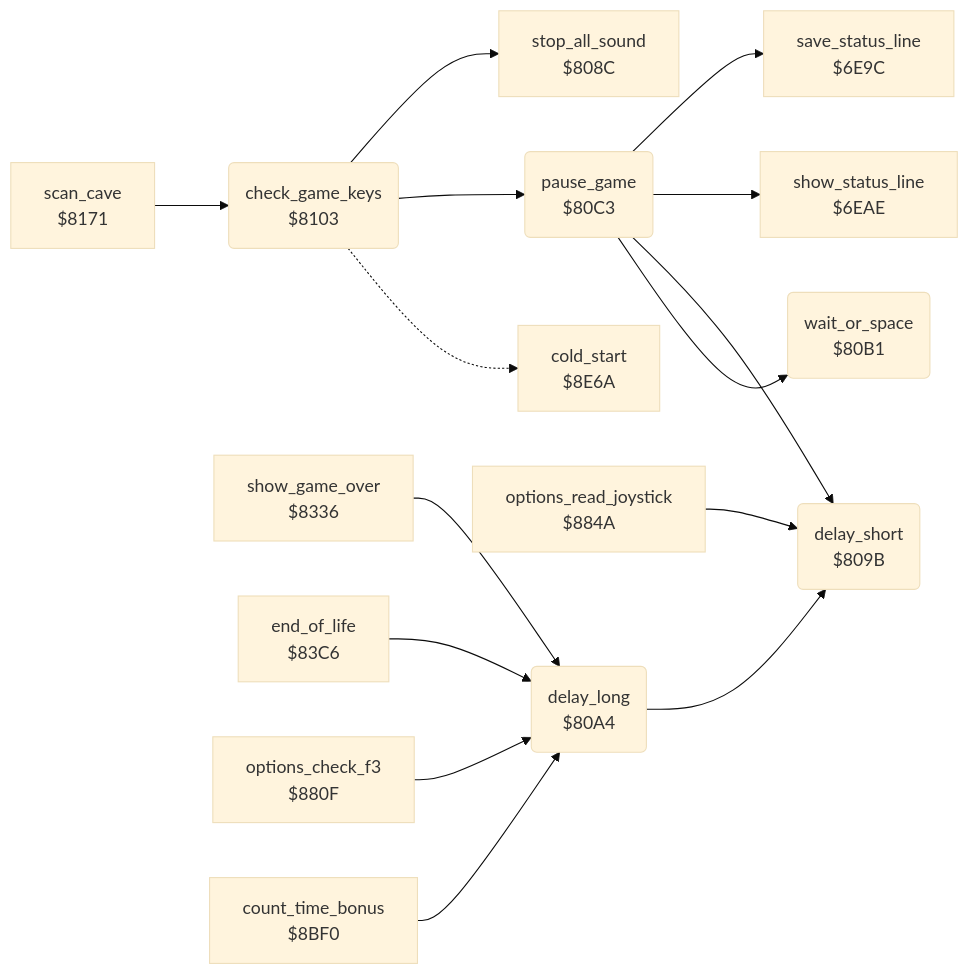
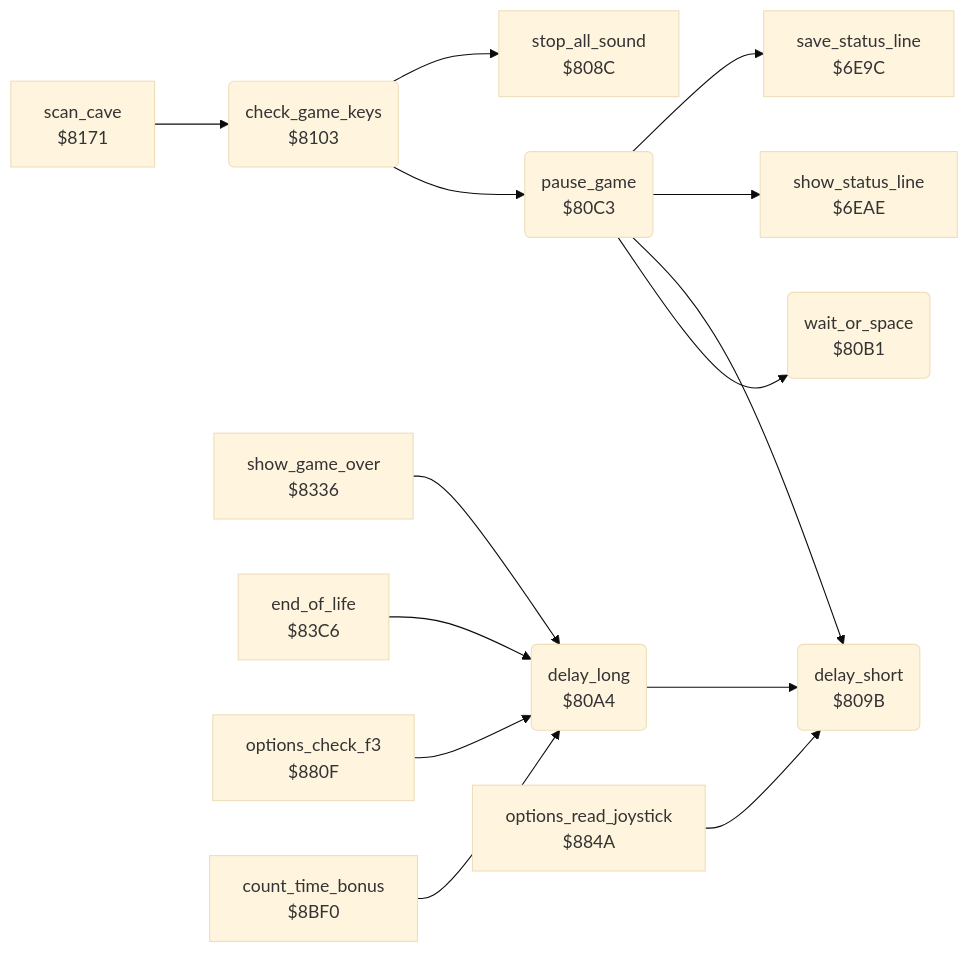
One commit to henols/c64_games changed the diagram in boulder_dash/v2/docs/reference/modules/input/game_keys.md. Above: the diagram before and after it, drawn with Mermaid (base theme). The commit also changed other lines of this file and 1100 other files, not shown here.

````diff
--- a/boulder_dash/v2/docs/reference/modules/input/game_keys.md
+++ b/boulder_dash/v2/docs/reference/modules/input/game_keys.md
@@ -10,32 +20,30 @@
 ```mermaid
 flowchart LR
   n6e9c["save_status_line<br/>$6E9C"]
   n6eae["show_status_line<br/>$6EAE"]
   n808c["stop_all_sound<br/>$808C"]
   n809b("delay_short<br/>$809B")
   n80a4("delay_long<br/>$80A4")
   n80b1("wait_or_space<br/>$80B1")
   n80c3("pause_game<br/>$80C3")
   n8103("check_game_keys<br/>$8103")
   n8171["scan_cave<br/>$8171"]
   n8336["show_game_over<br/>$8336"]
   n83c6["end_of_life<br/>$83C6"]
   n880f["options_check_f3<br/>$880F"]
   n884a["options_read_joystick<br/>$884A"]
   n8bf0["count_time_bonus<br/>$8BF0"]
-  n8e6a["cold_start<br/>$8E6A"]
   n80a4 --> n809b
   n80c3 --> n6e9c
   n80c3 --> n6eae
   n80c3 --> n809b
   n80c3 --> n80b1
   n8103 --> n808c
   n8103 --> n80c3
-  n8103 -.-> n8e6a
   n8171 --> n8103
   n8336 --> n80a4
   n83c6 --> n80a4
   n880f --> n80a4
   n884a --> n809b
   n8bf0 --> n80a4
 ```
````
